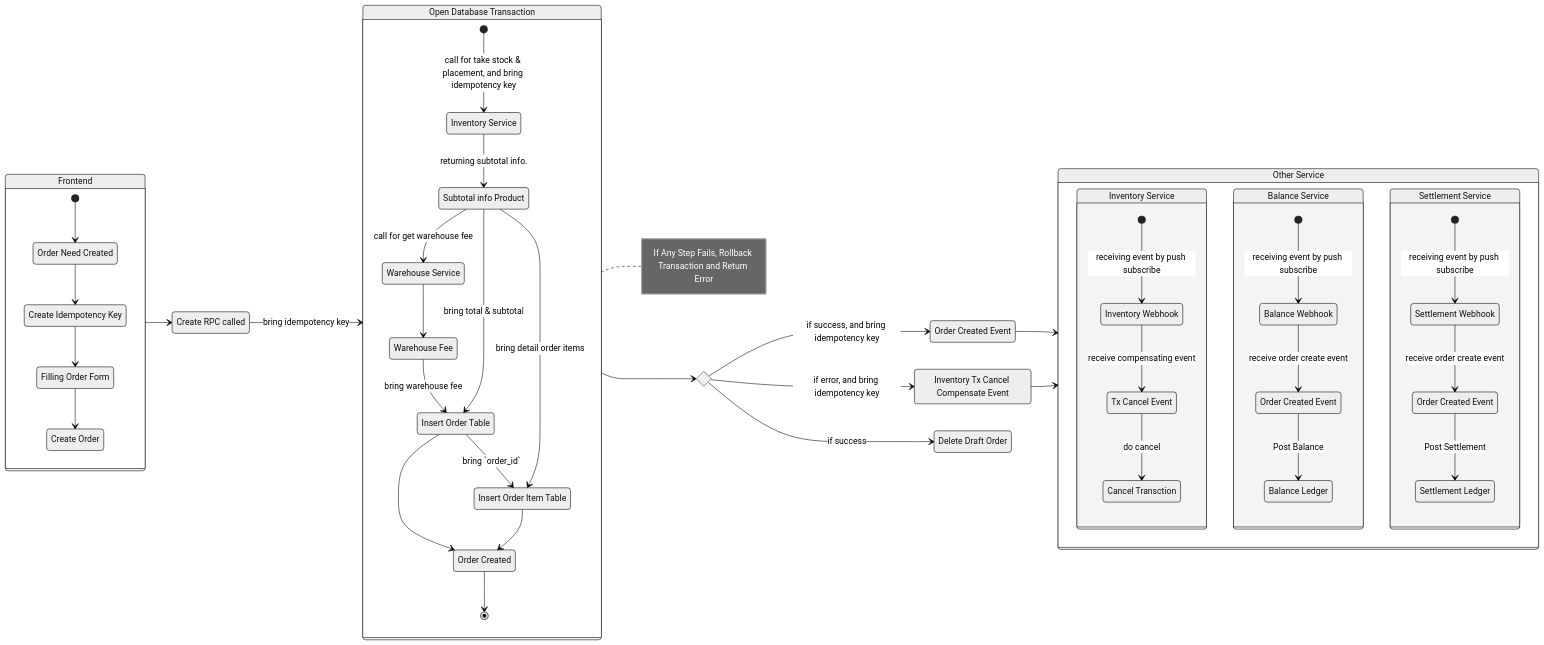
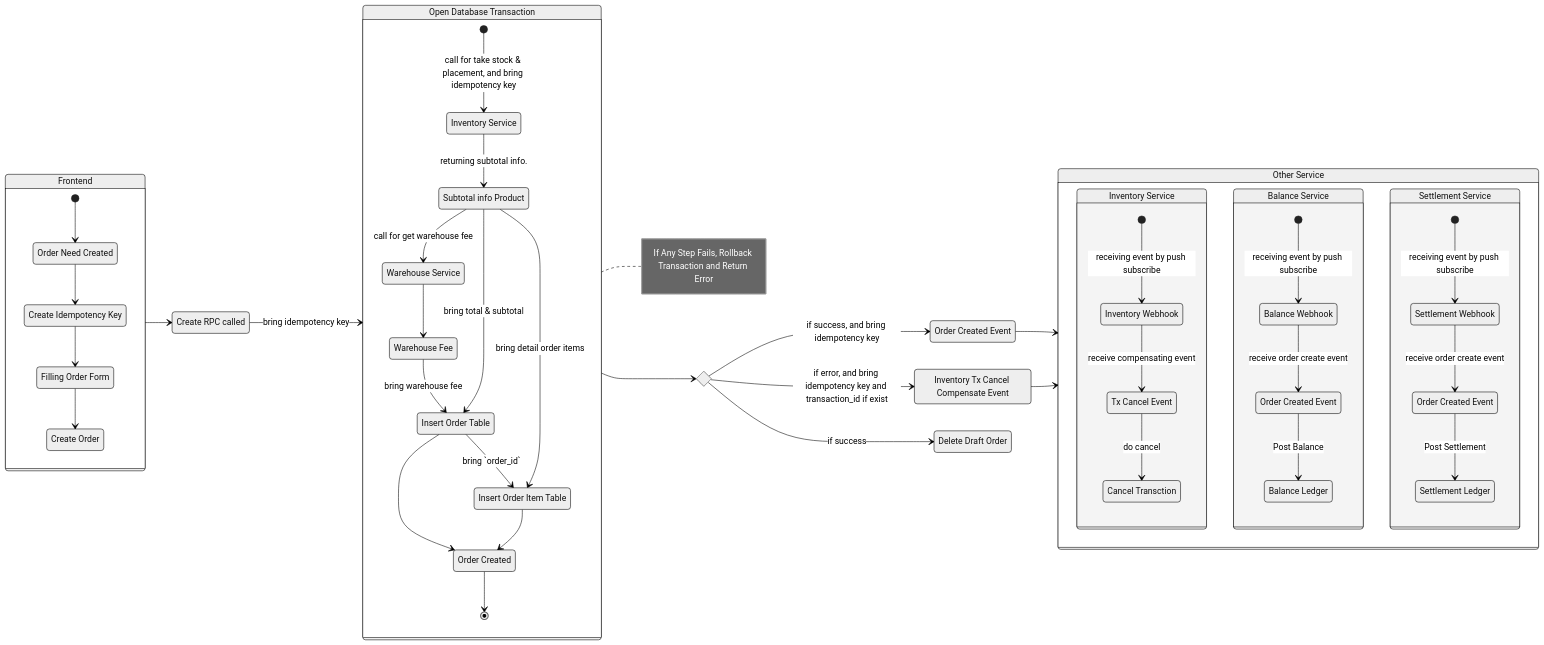
The diagram in docs/business/order/order_creation.md (pdcgo/warehouse_revamp), drawn with Mermaid (neutral theme) before and after one commit. The commit also changed other lines of this file and 7 other files, not shown here.

```diff
--- a/docs/business/order/order_creation.md
+++ b/docs/business/order/order_creation.md
@@ -108,7 +108,7 @@
 
 create_err-->createdevt: if success, and bring idempotency key
 create_err-->draft: if success
-create_err-->cominvevt: if error, and bring idempotency key
+create_err-->cominvevt: if error, and bring idempotency key and transaction_id if exist
 createdevt-->srv
 cominvevt-->srv
 
```
